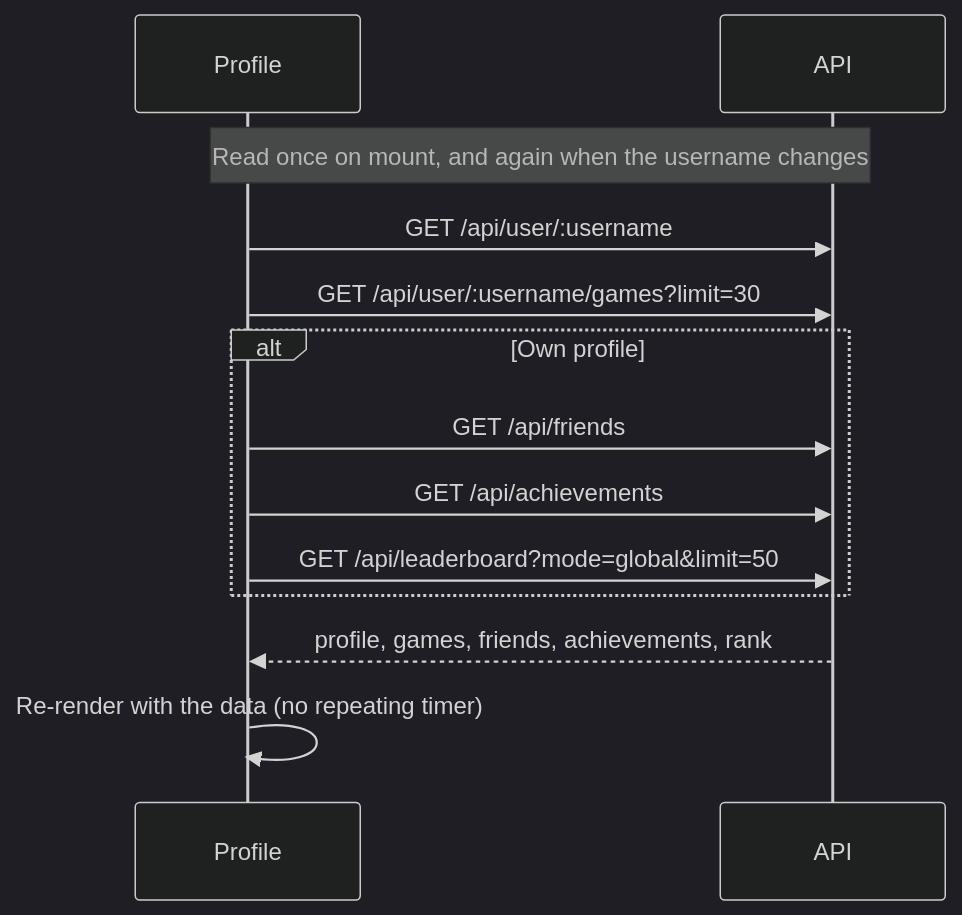
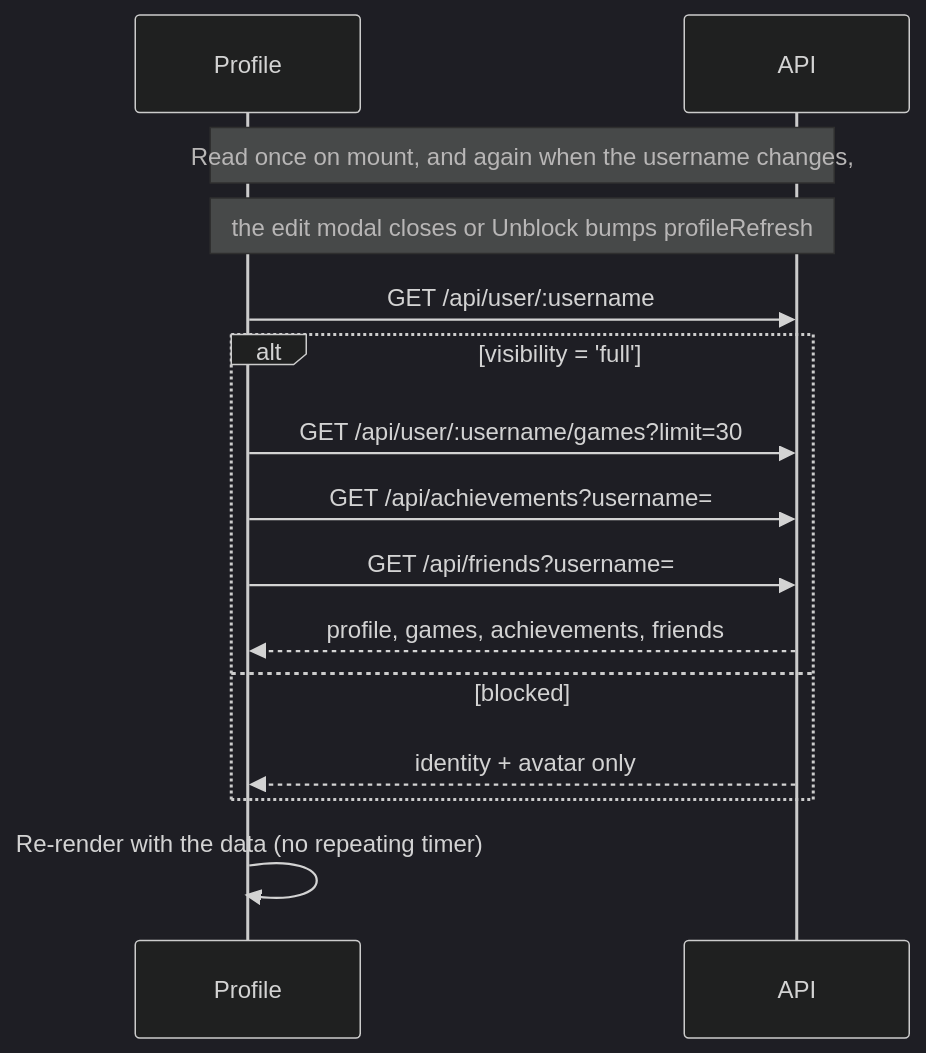
One commit to IrmaJoKerr/ft_transcendence-ludo changed the second of 2 diagrams in docs/frontend/frontend-profile-module.md. Above: the diagram before and after it, drawn with Mermaid (dark theme). The commit also changed other lines of this file and 22 other files, not shown here.

First line of the commit message:
fix(friends): gate profile reads on the friendship pair.

````diff
--- a/docs/frontend/frontend-profile-module.md
+++ b/docs/frontend/frontend-profile-module.md
@@ -143,16 +166,18 @@
 ```mermaid
 sequenceDiagram
     participant Profile
     participant API
 
-    Note over Profile,API: Read once on mount, and again when the username changes
+    Note over Profile,API: Read once on mount, and again when the username changes,
+    Note over Profile,API: the edit modal closes or Unblock bumps profileRefresh
     Profile->>API: GET /api/user/:username
-    Profile->>API: GET /api/user/:username/games?limit=30
-    alt Own profile
-        Profile->>API: GET /api/friends
-        Profile->>API: GET /api/achievements
-        Profile->>API: GET /api/leaderboard?mode=global&limit=50
+    alt visibility = 'full'
+        Profile->>API: GET /api/user/:username/games?limit=30
+        Profile->>API: GET /api/achievements?username=
+        Profile->>API: GET /api/friends?username=
+        API-->>Profile: profile, games, achievements, friends
+    else blocked
+        API-->>Profile: identity + avatar only
     end
-    API-->>Profile: profile, games, friends, achievements, rank
     Profile->>Profile: Re-render with the data (no repeating timer)
 ```
````
